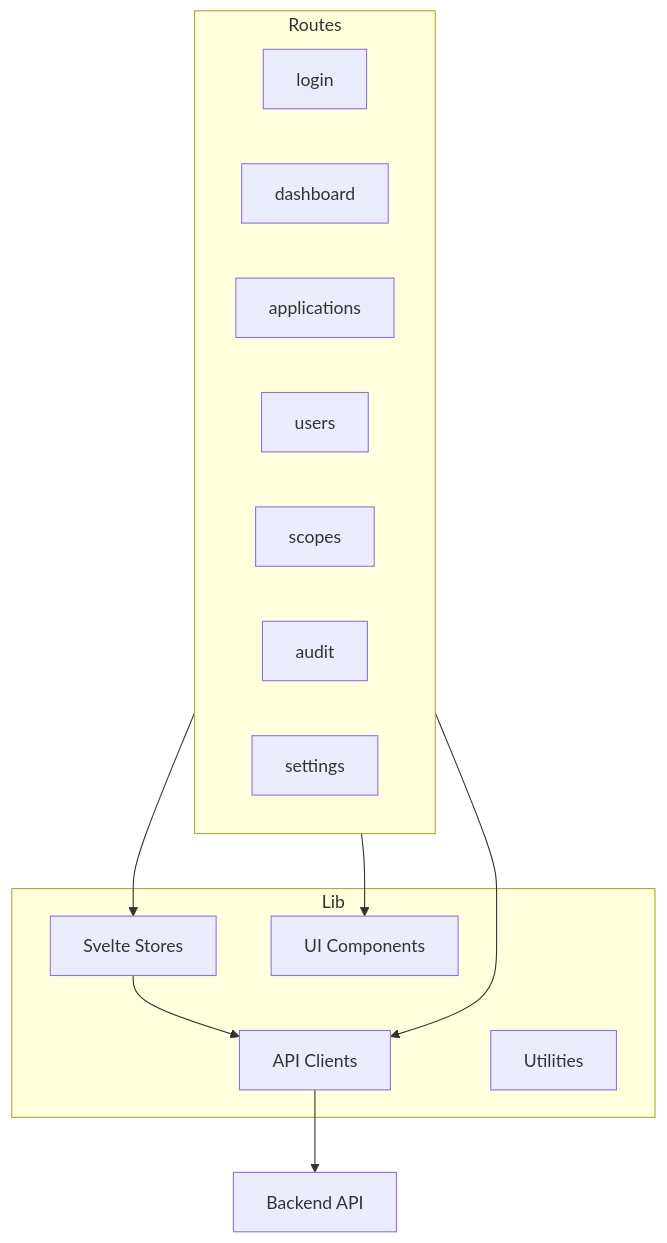
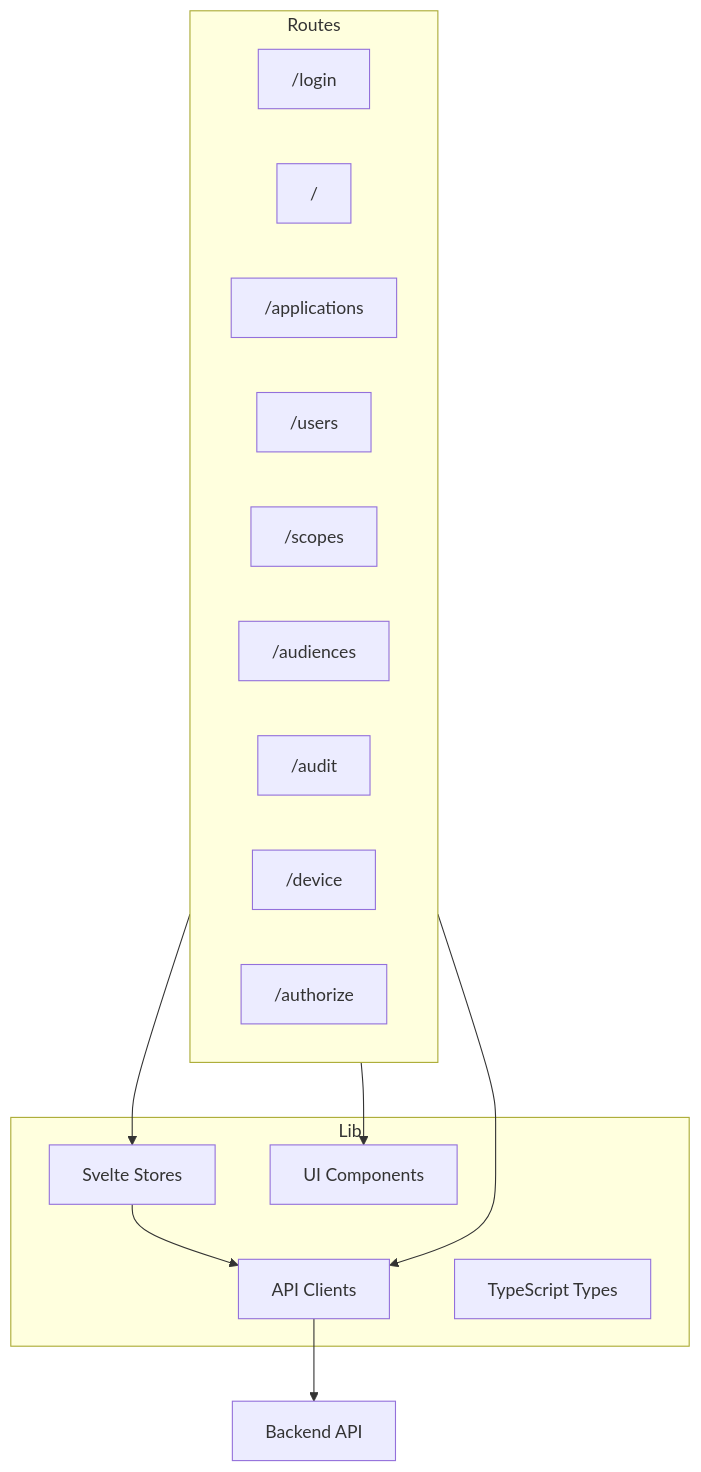
The first of 5 diagrams in frontend/README.md (royzah/OryxID), drawn with Mermaid before and after one commit. The commit also changed other lines of this file and 2 other files, not shown here.

First line of the commit message:
docs: Update project documentation with comprehensive OAuth flow coverage

````diff
--- a/frontend/README.md
+++ b/frontend/README.md
@@ -9,25 +9,27 @@
 ```mermaid
 graph TD
     subgraph Routes
-        Login["login"]
-        Dashboard["dashboard"]
-        Apps["applications"]
-        Users["users"]
-        Scopes["scopes"]
-        Audit["audit"]
-        Settings["settings"]
+        Login["/login"]
+        Dashboard["/"]
+        Apps["/applications"]
+        Users["/users"]
+        Scopes["/scopes"]
+        Audiences["/audiences"]
+        Audit["/audit"]
+        Device["/device"]
+        Authorize["/authorize"]
     end
 
     subgraph Lib
         API["API Clients"]
         Stores["Svelte Stores"]
         Components["UI Components"]
-        Utils["Utilities"]
+        Types["TypeScript Types"]
     end
 
     Routes --> API
     Routes --> Stores
     Routes --> Components
     API --> Backend["Backend API"]
     Stores --> API
 ```
````
